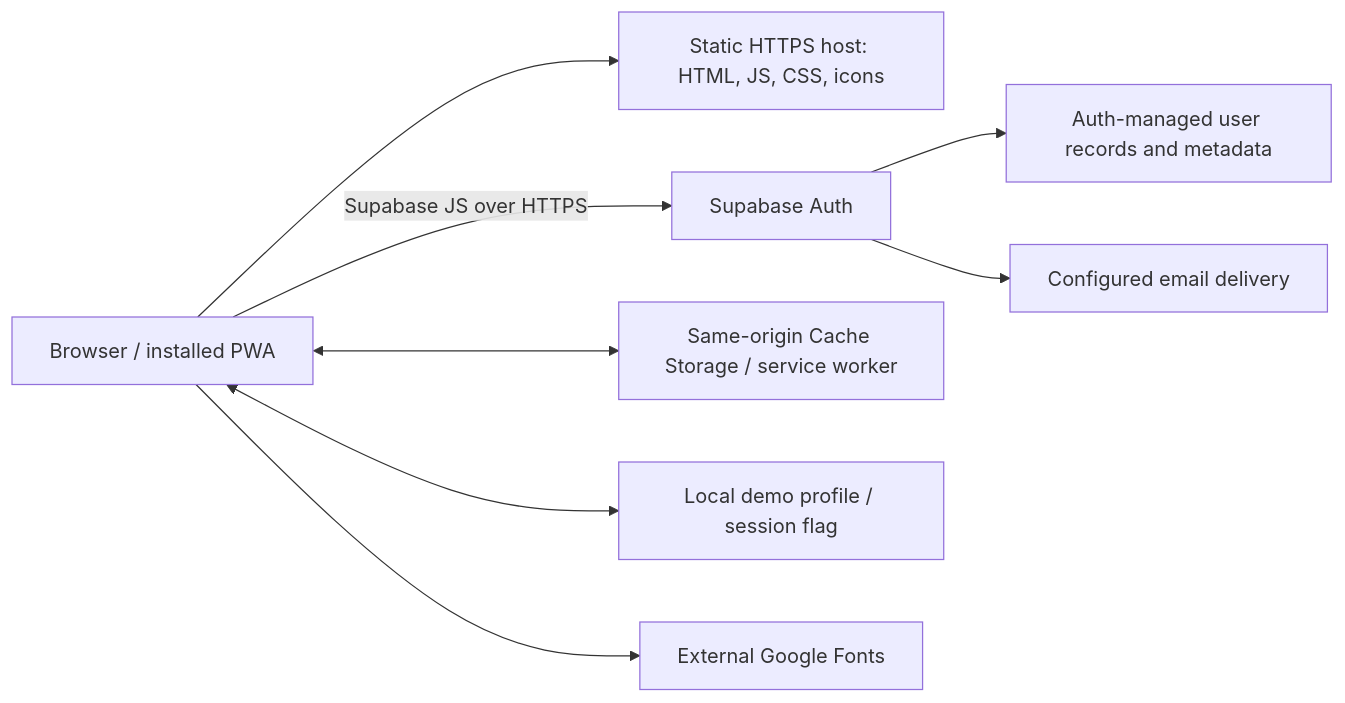
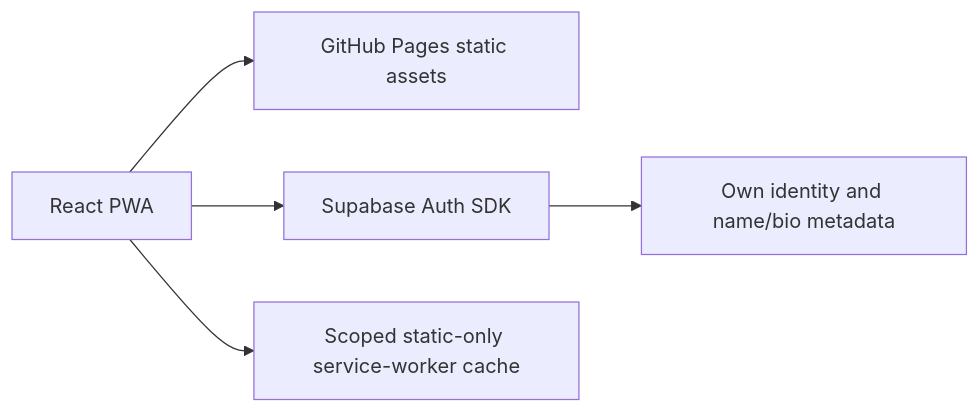
One commit to rajeshlande/yoga_studio changed the diagram in docs/04-technical-design/architecture-hld-lld.md. Above: the diagram before and after it, drawn with Mermaid. The commit also changed other lines of this file and 19 other files, not shown here.

````diff
--- a/docs/04-technical-design/architecture-hld-lld.md
+++ b/docs/04-technical-design/architecture-hld-lld.md
@@ -15,10 +13,7 @@
 ```mermaid
 flowchart LR
-  U[Browser / installed PWA] --> H[Static HTTPS host: HTML, JS, CSS, icons]
-  U -->|Supabase JS over HTTPS| A[Supabase Auth]
-  A --> M[Auth-managed user records and metadata]
-  A --> E[Configured email delivery]
-  U <--> C[Same-origin Cache Storage / service worker]
-  U <--> L[Local demo profile / session flag]
-  U --> F[External Google Fonts]
+  Browser[React PWA] --> Pages[GitHub Pages static assets]
+  Browser --> Auth[Supabase Auth SDK]
+  Auth --> Metadata[Own identity and name/bio metadata]
+  Browser --> Shell[Scoped static-only service-worker cache]
 ```
````
